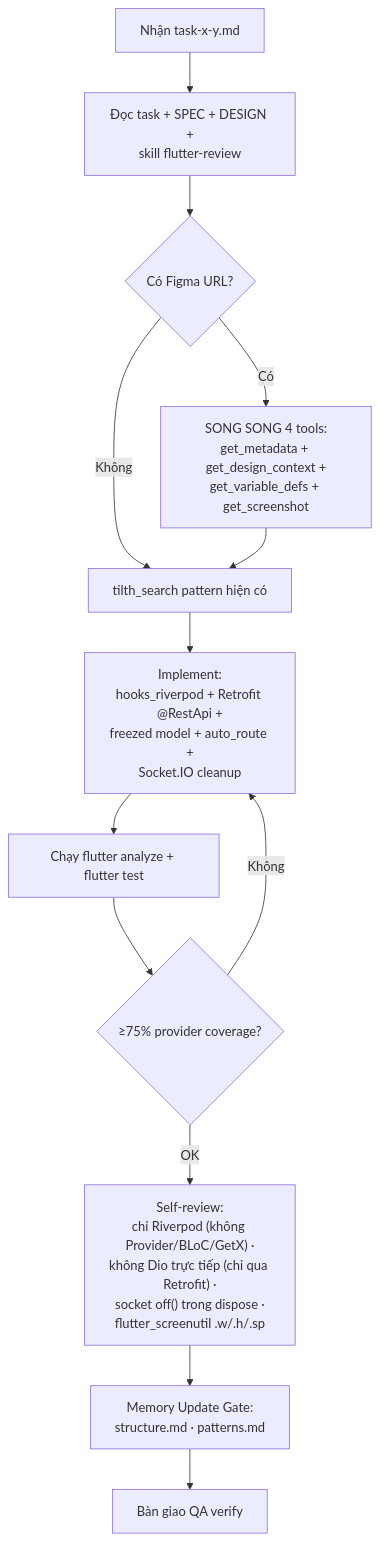
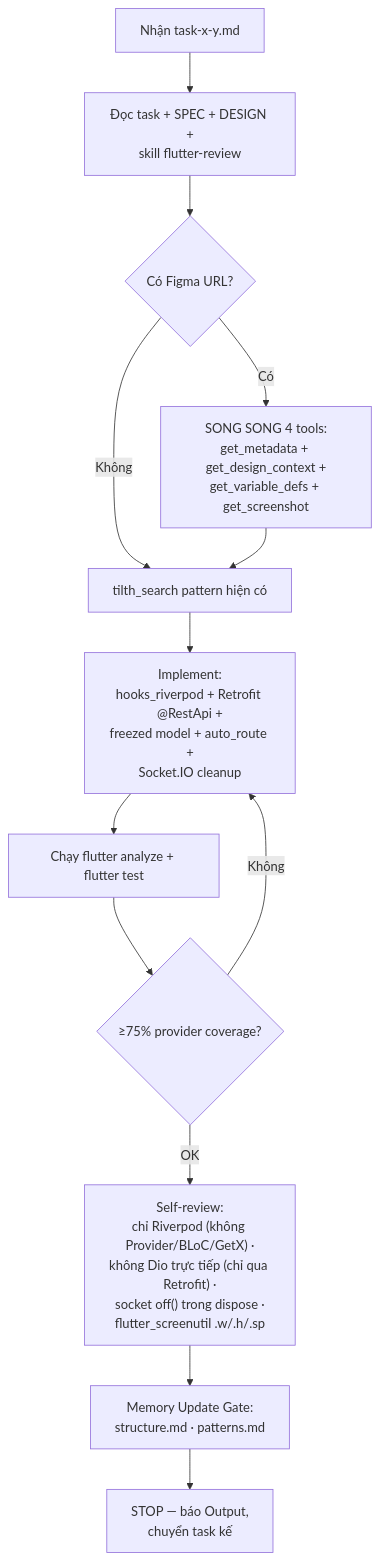
One commit to dipro-vn/dipro-ai-boost changed the ninth of 10 diagrams in project-ai-kit/ai-agents-workflow.md. Above: the diagram before and after it, drawn with Mermaid. The commit also changed other lines of this file and 61 other files, not shown here.

````diff
--- a/project-ai-kit/ai-agents-workflow.md
+++ b/project-ai-kit/ai-agents-workflow.md
@@ -256,15 +246,15 @@
 ```mermaid
 flowchart TD
     A[Nhận task-x-y.md] --> B[Đọc task + SPEC + DESIGN +<br/>skill flutter-review]
     B --> C{Có Figma URL?}
     C -- Có --> D[SONG SONG 4 tools:<br/>get_metadata + get_design_context +<br/>get_variable_defs + get_screenshot]
     C -- Không --> E[tilth_search pattern hiện có]
     D --> E
     E --> F["Implement:<br/>hooks_riverpod + Retrofit @RestApi +<br/>freezed model + auto_route +<br/>Socket.IO cleanup"]
     F --> G[Chạy flutter analyze + flutter test]
     G --> H{≥75% provider coverage?}
     H -- Không --> F
     H -- OK --> I["Self-review:<br/>chỉ Riverpod (không Provider/BLoC/GetX) ·<br/>không Dio trực tiếp (chỉ qua Retrofit) ·<br/>socket off() trong dispose ·<br/>flutter_screenutil .w/.h/.sp"]
     I --> J[Memory Update Gate:<br/>structure.md · patterns.md]
-    J --> K[Bàn giao QA verify]
+    J --> K[STOP — báo Output,<br/>chuyển task kế]
 ```
````
